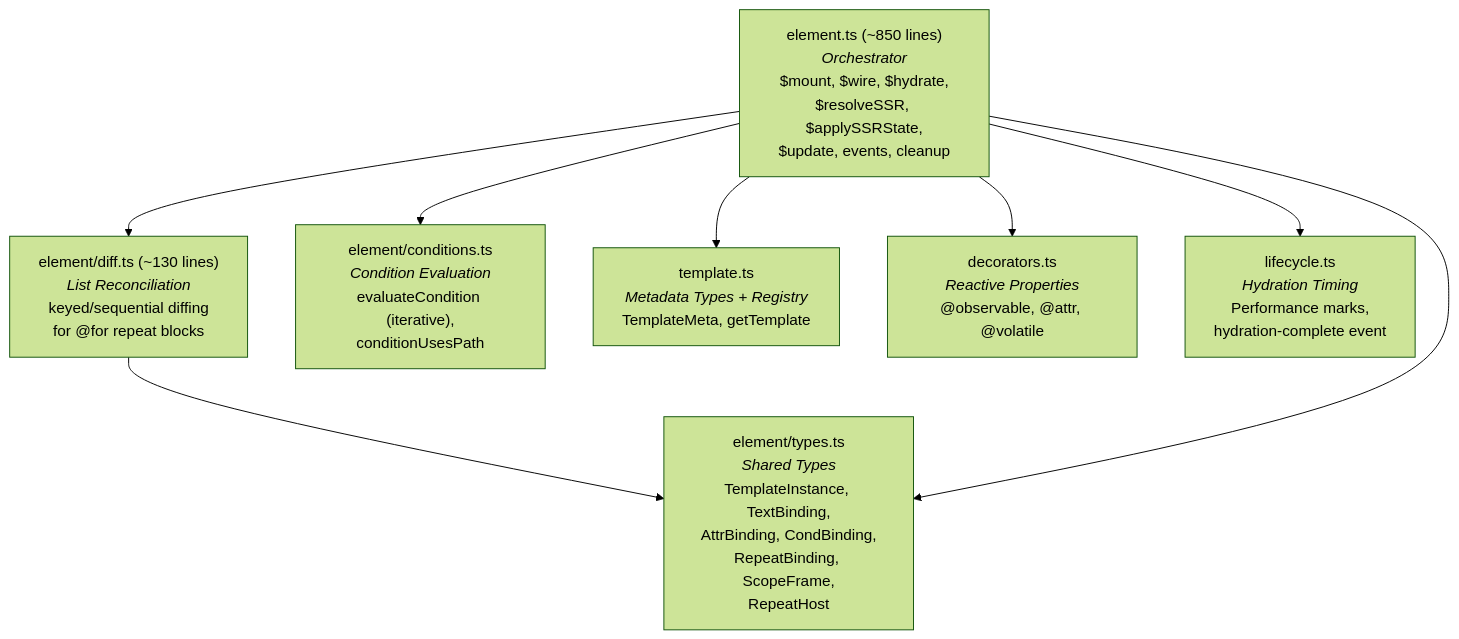
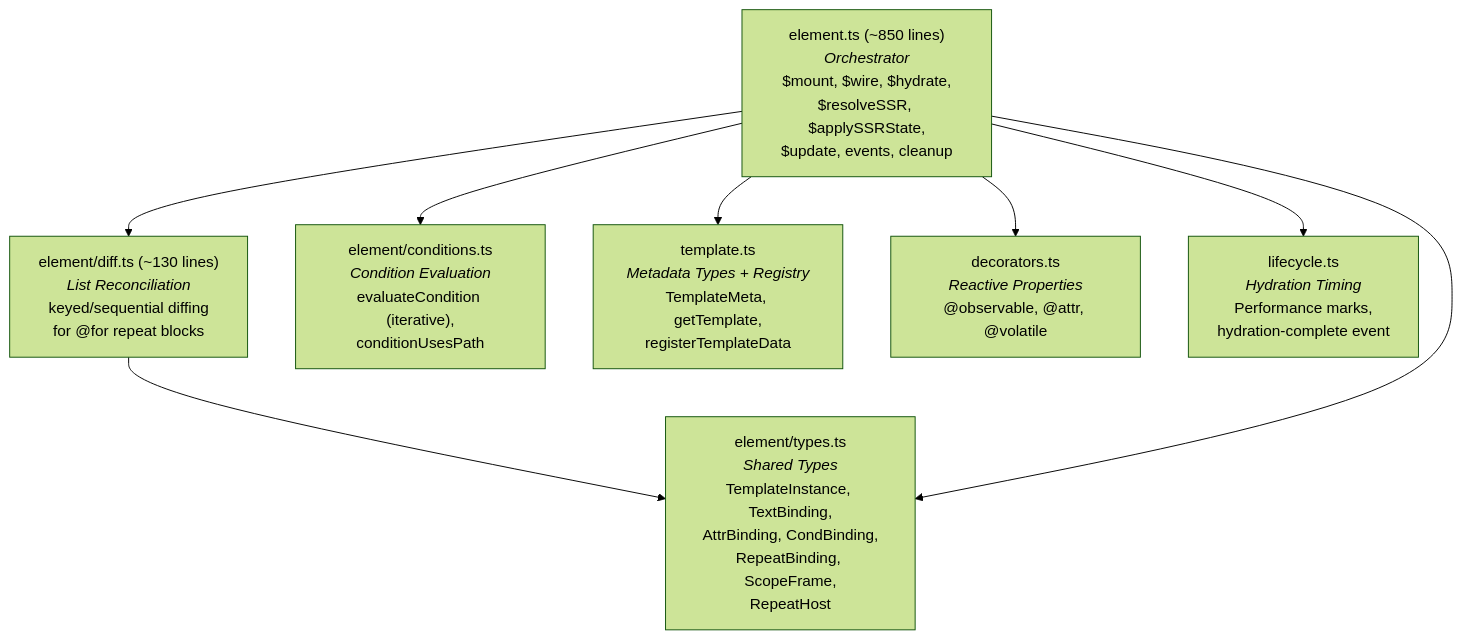
Before and after one commit to microsoft/webui: the second of 7 diagrams in packages/webui-framework/README.md, drawn with Mermaid (forest theme). The commit also changed other lines of this file and 46 other files, not shown here.

Commit message:
feat: split SSR metadata into JSON data block (#350)

````diff
--- a/packages/webui-framework/README.md
+++ b/packages/webui-framework/README.md
@@ -359,24 +359,24 @@
 ```mermaid
 graph TD
     EL["element.ts (~850 lines)<br/><i>Orchestrator</i><br/>$mount, $wire, $hydrate,<br/>$resolveSSR, $applySSRState,<br/>$update, events, cleanup"]
 
     DIFF["element/diff.ts (~130 lines)<br/><i>List Reconciliation</i><br/>keyed/sequential diffing<br/>for @for repeat blocks"]
 
     COND["element/conditions.ts<br/><i>Condition Evaluation</i><br/>evaluateCondition (iterative),<br/>conditionUsesPath"]
 
     TYPES["element/types.ts<br/><i>Shared Types</i><br/>TemplateInstance, TextBinding,<br/>AttrBinding, CondBinding,<br/>RepeatBinding, ScopeFrame,<br/>RepeatHost"]
 
-    TMPL["template.ts<br/><i>Metadata Types + Registry</i><br/>TemplateMeta, getTemplate"]
+    TMPL["template.ts<br/><i>Metadata Types + Registry</i><br/>TemplateMeta, getTemplate,<br/>registerTemplateData"]
 
     DEC["decorators.ts<br/><i>Reactive Properties</i><br/>@observable, @attr, @volatile"]
 
     LIFE["lifecycle.ts<br/><i>Hydration Timing</i><br/>Performance marks,<br/>hydration-complete event"]
 
     EL --> DIFF
     EL --> COND
     EL --> TMPL
     EL --> DEC
     EL --> LIFE
     DIFF --> TYPES
     EL --> TYPES
 ```
````
